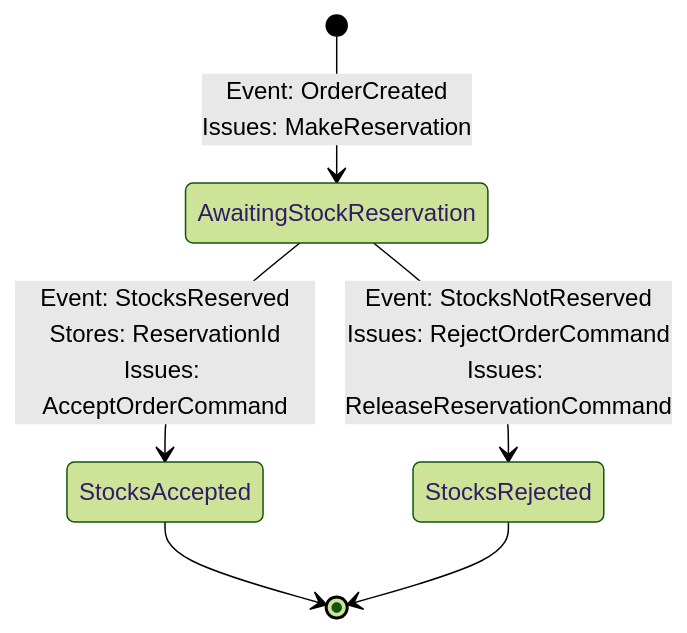
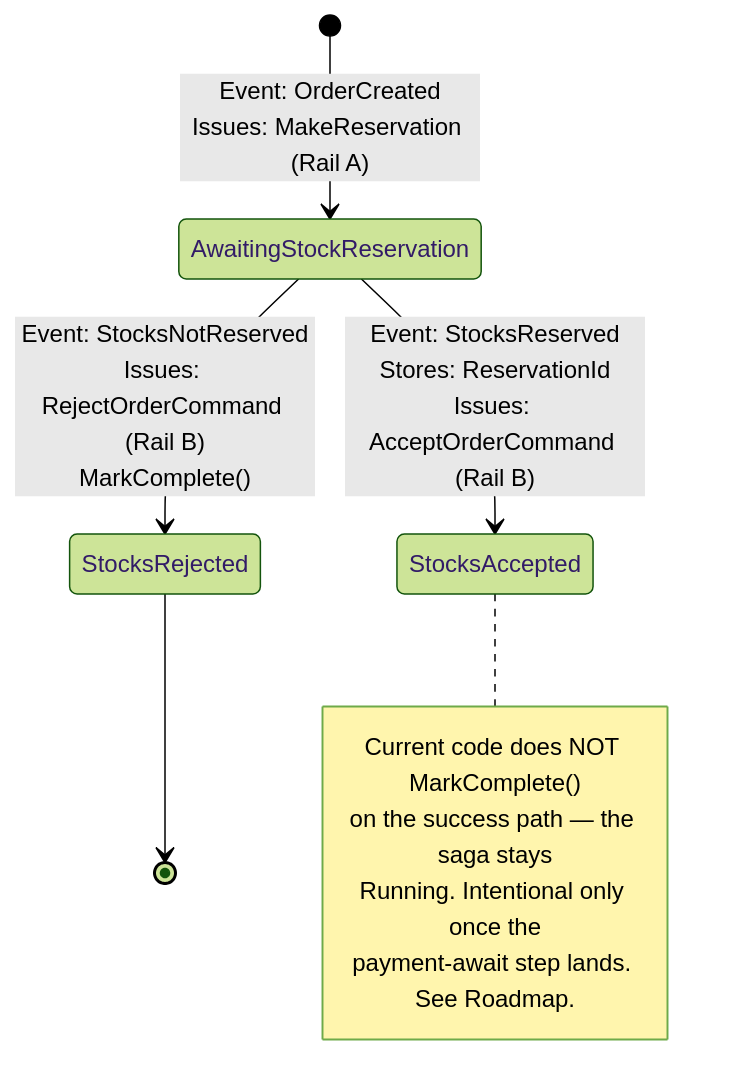
The seventh of 10 diagrams in Order/src/EShop.Order.API/README.md (mnnam1302/EShop), drawn with Mermaid (forest theme) before and after one commit. The commit also changed other lines of this file and 14 other files, not shown here.

Commit message:
refactor(order): implement Order and OrderSaga state machine

````diff
--- a/Order/src/EShop.Order.API/README.md
+++ b/Order/src/EShop.Order.API/README.md
@@ -173,11 +209,16 @@
 ```mermaid
 stateDiagram-v2
-    [*] --> AwaitingStockReservation : Event: OrderCreated<br/>Issues: MakeReservation
+    [*] --> AwaitingStockReservation : Event: OrderCreated<br/>Issues: MakeReservation (Rail A)
 
-    AwaitingStockReservation --> StocksAccepted  : Event: StocksReserved<br/>Stores: ReservationId<br/>Issues: AcceptOrderCommand
+    AwaitingStockReservation --> StocksAccepted : Event: StocksReserved<br/>Stores: ReservationId<br/>Issues: AcceptOrderCommand (Rail B)
 
-    AwaitingStockReservation --> StocksRejected  : Event: StocksNotReserved<br/>Issues: RejectOrderCommand<br/>Issues: ReleaseReservationCommand
+    AwaitingStockReservation --> StocksRejected : Event: StocksNotReserved<br/>Issues: RejectOrderCommand (Rail B)<br/>MarkComplete()
 
-    StocksAccepted --> [*]
     StocksRejected --> [*]
+    note right of StocksAccepted
+        Current code does NOT MarkComplete()
+        on the success path — the saga stays
+        Running. Intentional only once the
+        payment-await step lands. See Roadmap.
+    end note
 ```
````
